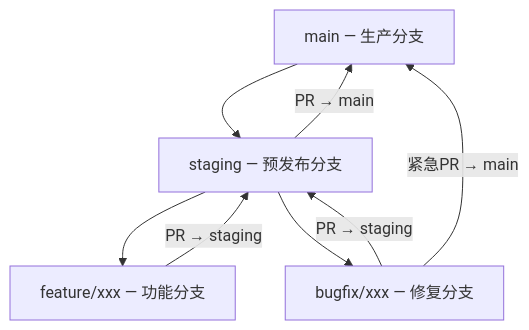
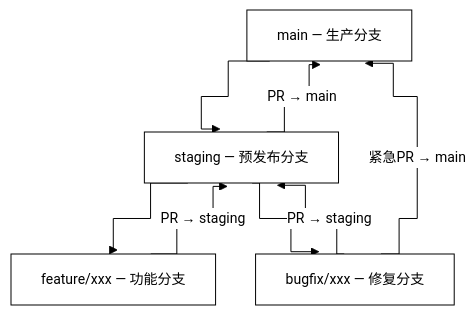
The diagram in docs/design/infrastructure.md (onceme/instantboard), drawn with Mermaid before and after one commit. The commit also changed 11 other files, not shown here.

Commit message:
docs: unify mermaid diagrams to black-and-white orthogonal style

````diff
--- a/docs/design/infrastructure.md
+++ b/docs/design/infrastructure.md
@@ -160,14 +160,15 @@
 ```mermaid
+%%{init: {"theme": "base", "themeVariables": {"background": "#ffffff", "primaryColor": "#ffffff", "primaryTextColor": "#000000", "primaryBorderColor": "#000000", "lineColor": "#000000", "secondaryColor": "#ffffff", "secondaryTextColor": "#000000", "secondaryBorderColor": "#000000", "tertiaryColor": "#ffffff", "tertiaryTextColor": "#000000", "tertiaryBorderColor": "#000000", "edgeLabelBackground": "#ffffff", "textColor": "#000000", "nodeTextColor": "#000000", "mainBkg": "#ffffff", "nodeBorder": "#000000", "clusterBkg": "#ffffff", "clusterBdr": "#000000", "clusterTextColor": "#000000", "titleColor": "#000000", "fontSize": "14px"}, "flowchart": {"curve": "step", "nodeSpacing": 40, "rankSpacing": 50, "wrappingWidth": 180, "useMaxWidth": true}}}%%
 graph TD
     main["main — 生产分支"]
     staging["staging — 预发布分支"]
     feature["feature/xxx — 功能分支"]
     bugfix["bugfix/xxx — 修复分支"]
     main --> staging
     staging --> feature
     staging --> bugfix
     feature -->|"PR → staging"| staging
     staging -->|"PR → main"| main
     bugfix -->|"PR → staging"| staging
     bugfix -->|"紧急PR → main"| main
 ```
````
